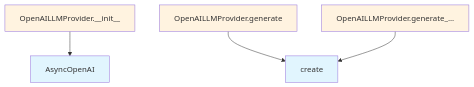
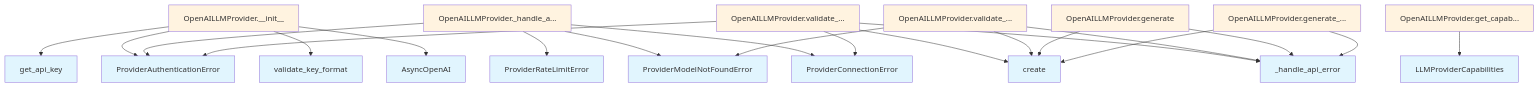
The second of 2 diagrams in .deepwiki/files/src/local_deepwiki/providers/llm/openai.md (UrbanDiver/local-deepwiki-mcp), drawn with Mermaid before and after one commit. The commit also changed other lines of this file and 65 other files, not shown here.

````diff
--- a/.deepwiki/files/src/local_deepwiki/providers/llm/openai.md
+++ b/.deepwiki/files/src/local_deepwiki/providers/llm/openai.md
@@ -606,15 +532,44 @@
 ```mermaid
 flowchart TD
     N0[AsyncOpenAI]
-    N1[OpenAILLMProvider.__init__]
-    N2[OpenAILLMProvider.generate]
-    N3[OpenAILLMProvider.generate_...]
-    N4[create]
-    N1 --> N0
-    N2 --> N4
-    N3 --> N4
+    N1[LLMProviderCapabilities]
+    N2[OpenAILLMProvider.__init__]
+    N3[OpenAILLMProvider._handle_a...]
+    N4[OpenAILLMProvider.generate]
+    N5[OpenAILLMProvider.generate_...]
+    N6[OpenAILLMProvider.get_capab...]
+    N7[OpenAILLMProvider.validate_...]
+    N8[OpenAILLMProvider.validate_...]
+    N9[ProviderAuthenticationError]
+    N10[ProviderConnectionError]
+    N11[ProviderModelNotFoundError]
+    N12[ProviderRateLimitError]
+    N13[_handle_api_error]
+    N14[create]
+    N15[get_api_key]
+    N16[validate_key_format]
+    N2 --> N15
+    N2 --> N9
+    N2 --> N16
+    N2 --> N0
+    N3 --> N9
+    N3 --> N12
+    N3 --> N11
+    N3 --> N10
+    N7 --> N9
+    N7 --> N14
+    N7 --> N13
+    N7 --> N10
+    N8 --> N14
+    N8 --> N11
+    N8 --> N13
+    N6 --> N1
+    N4 --> N14
+    N4 --> N13
+    N5 --> N14
+    N5 --> N13
     classDef func fill:#e1f5fe
-    class N0,N4 func
+    class N0,N1,N9,N10,N11,N12,N13,N14,N15,N16 func
     classDef method fill:#fff3e0
-    class N1,N2,N3 method
+    class N2,N3,N4,N5,N6,N7,N8 method
 ```
````
